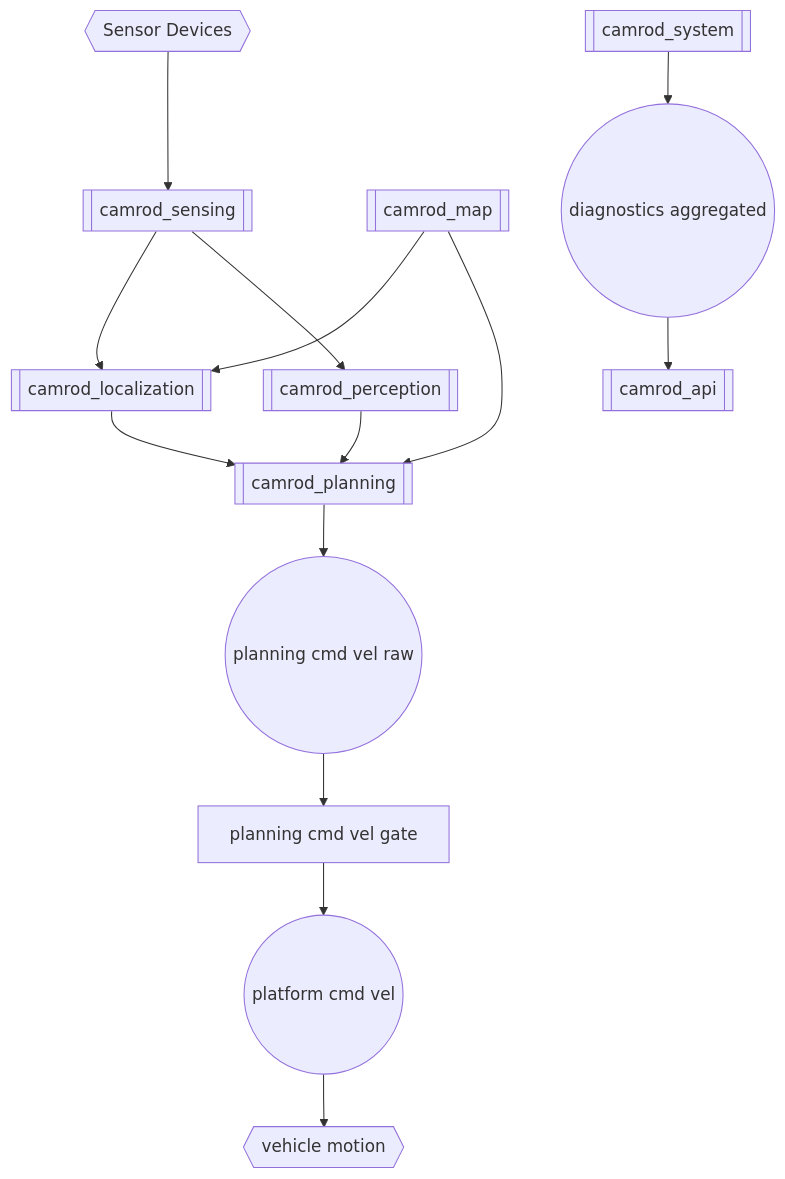
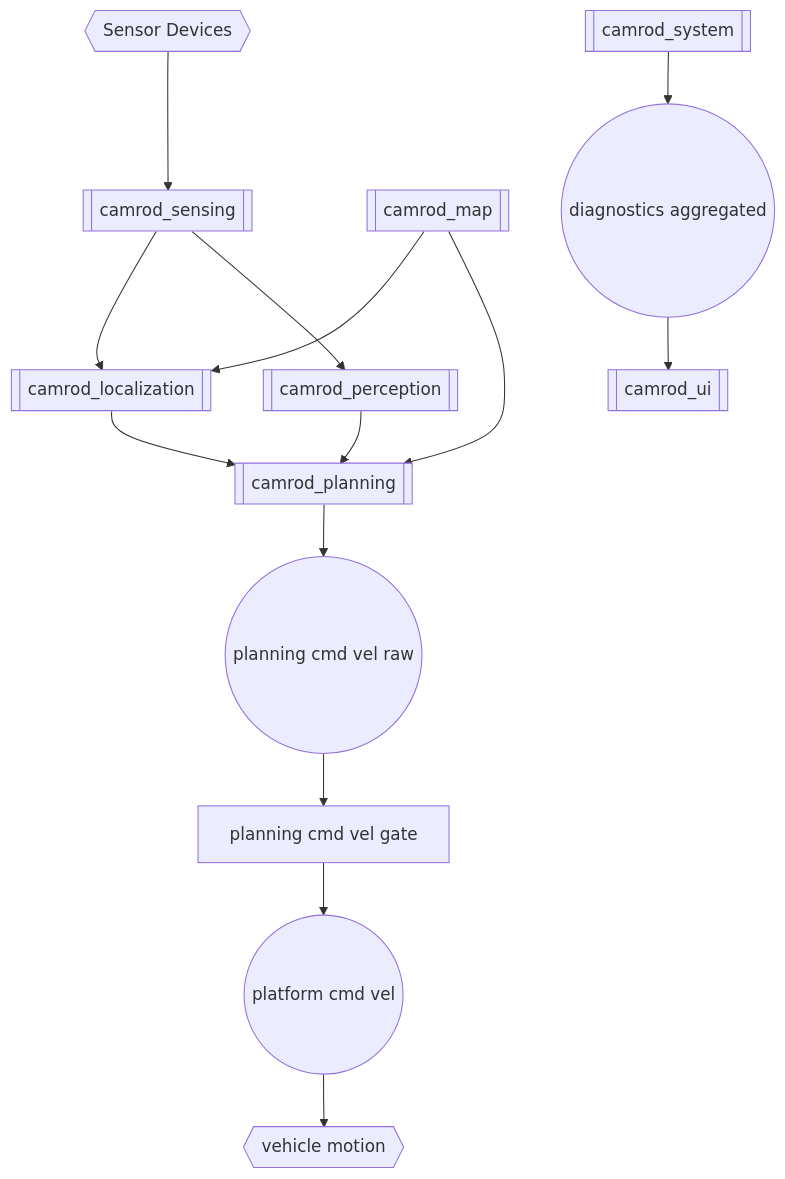
The second of 2 diagrams in README.md (hwanhonglee/CAMROD), drawn with Mermaid before and after one commit. The commit also changed other lines of this file and 367 other files, not shown here.

First line of the commit message:
Release v1.7: cost grid architecture, namespace camrod, param _s normalization

````diff
--- a/README.md
+++ b/README.md
@@ -50,16 +50,16 @@
 ```mermaid
 graph TD
   SRC{{Sensor Devices}} --> SEN[[camrod_sensing]]
   SEN --> LOC[[camrod_localization]]
   SEN --> PER[[camrod_perception]]
   MAP[[camrod_map]] --> LOC
   MAP --> PLN[[camrod_planning]]
   LOC --> PLN
   PER --> PLN
   PLN --> RAW((planning cmd vel raw))
   RAW --> GATE[planning cmd vel gate]
   GATE --> CMD((platform cmd vel))
   CMD --> VEH{{vehicle motion}}
   SYS[[camrod_system]] --> AGG((diagnostics aggregated))
-  AGG --> API[[camrod_api]]
+  AGG --> API[[camrod_ui]]
 ```
````
